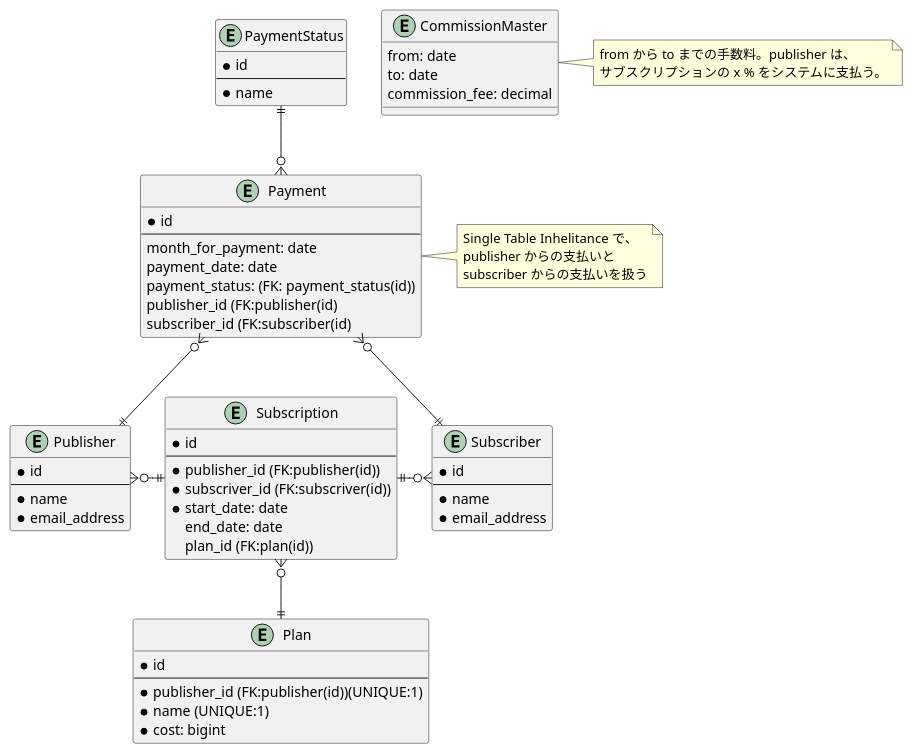
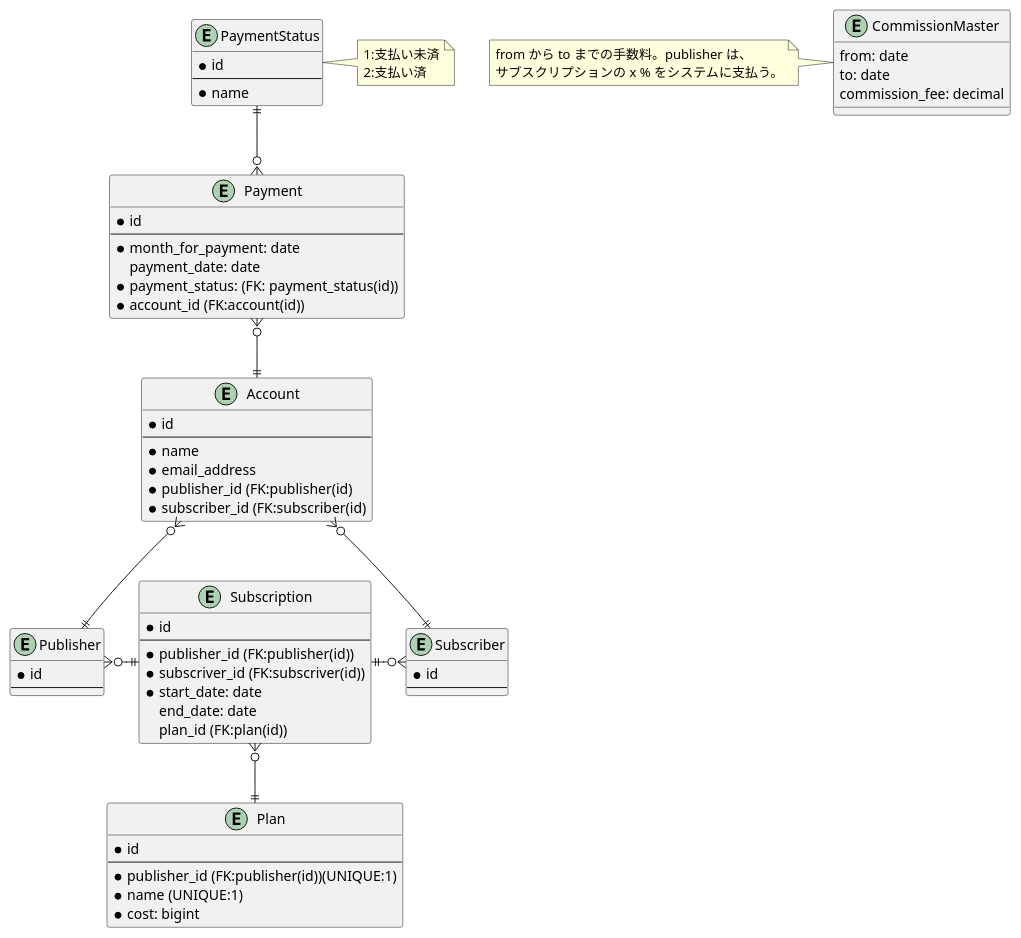
Before and after one commit to mikoto2000/SubscriptionManagementSystem: the diagram in doc/diagram/ER.puml, drawn with PlantUML. The commit also changed other lines of this file and 1 other file, not shown here.

Commit message:
Update diagram.

```diff
--- a/doc/diagram/ER.puml
+++ b/doc/diagram/ER.puml
@@ -1,69 +1,75 @@
 @startuml
 
 entity Publisher {
   *id
   --
-  * name
-  * email_address
 }
 
 entity Subscriber {
   * id
   --
-  * name
-  * email_address
 }
 
 entity Subscription {
   * id
   --
   * publisher_id (FK:publisher(id))
   * subscriver_id (FK:subscriver(id))
   * start_date: date
     end_date: date
     plan_id (FK:plan(id))
 }
 
 entity Plan {
   * id
   --
   * publisher_id (FK:publisher(id))(UNIQUE:1)
   * name (UNIQUE:1)
   * cost: bigint
 }
 
 entity Payment {
   * id
   --
-  month_for_payment: date
-  payment_date: date
-  payment_status: (FK: payment_status(id))
-  publisher_id (FK:publisher(id)
-  subscriber_id (FK:subscriber(id)
+  * month_for_payment: date
+    payment_date: date
+  * payment_status: (FK: payment_status(id))
+  * account_id (FK:account(id))
 }
 
-note right: Single Table Inhelitance で、\npublisher からの支払いと\nsubscriber からの支払いを扱う
+entity Account {
+  * id
+  --
+  * name
+  * email_address
+  * publisher_id (FK:publisher(id)
+  * subscriber_id (FK:subscriber(id)
+}
 
 entity PaymentStatus {
   * id
   --
   * name
 }
 
+note right: 1:支払い未済\n2:支払い済
+
 entity CommissionMaster {
   from: date
   to: date
   commission_fee: decimal
 }
 
-note right: from から to までの手数料。publisher は、\nサブスクリプションの x % をシステムに支払う。
+note left: from から to までの手数料。publisher は、\nサブスクリプションの x % をシステムに支払う。
 
 Publisher }o-|| Subscription
 Subscription ||-o{ Subscriber
 Subscription }o--|| Plan
-PaymentStatus ||--o{ Payment 
+PaymentStatus ||--o{ Payment
 
-Payment }o--|| Publisher
-Payment }o--|| Subscriber
+Account }o--|| Publisher
+Account }o--|| Subscriber
+
+Payment }o--|| Account
 
 @enduml
```
